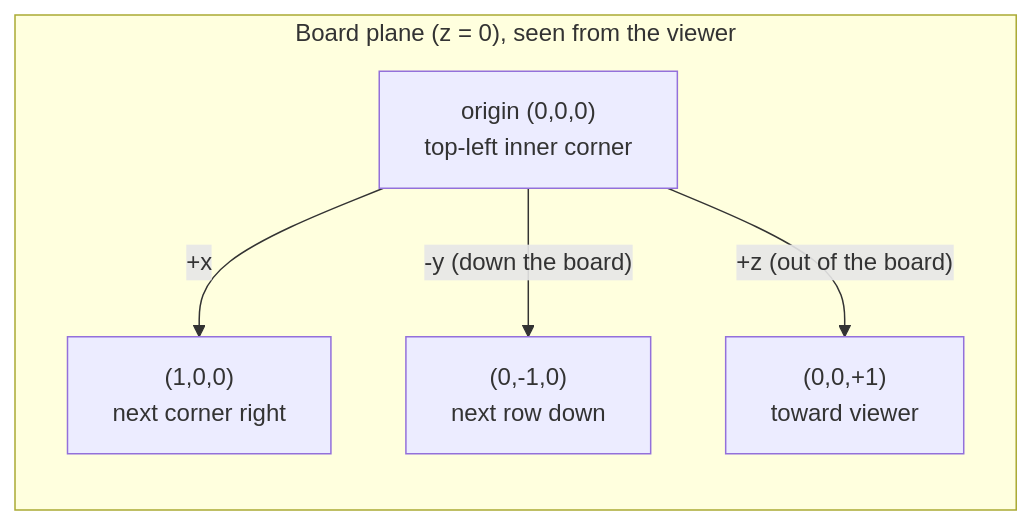
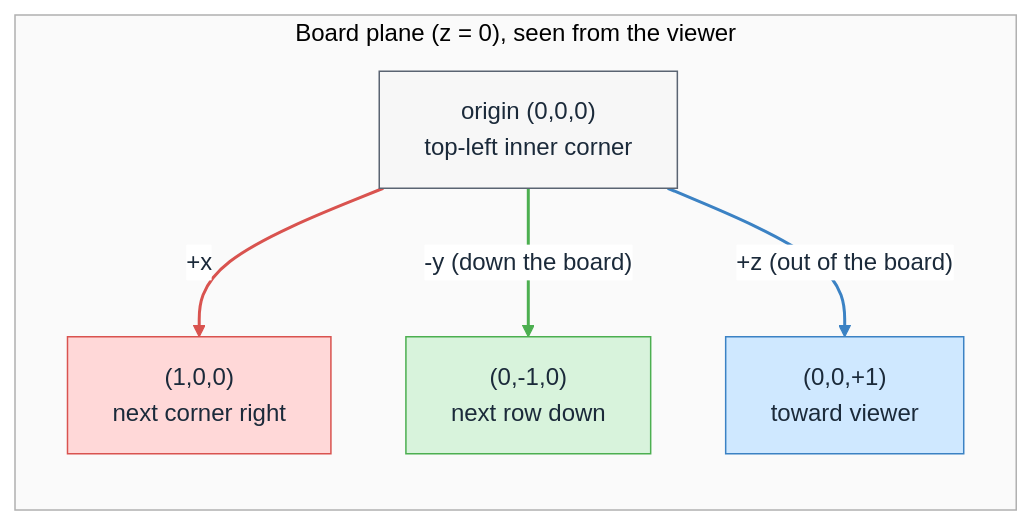
The fourth of 4 diagrams in ARCHITECTURE.md (supriya-kotturu/calibration-and-augmented-reality), drawn with Mermaid before and after one commit. The commit also changed other lines of this file and 1 other file, not shown here.

First line of the commit message:
docs(architecture): :lipstick: Pin diagrams to a light theme and colour every node by role

````diff
--- a/ARCHITECTURE.md
+++ b/ARCHITECTURE.md
@@ -90,12 +103,24 @@
 ```mermaid
+%%{init: {"theme": "base", "themeVariables": {"background": "#ffffff", "primaryColor": "#f7f7f7", "primaryTextColor": "#1b2a3a", "primaryBorderColor": "#b0b0b0", "lineColor": "#5a6472", "textColor": "#1b2a3a", "edgeLabelBackground": "#ffffff", "clusterBkg": "#fafafa", "clusterBorder": "#b0b0b0", "fontFamily": "Segoe UI, Helvetica, Arial, sans-serif"}}}%%
 flowchart LR
   subgraph B["Board plane (z = 0), seen from the viewer"]
     O["origin (0,0,0)<br/>top-left inner corner"]
     X["(1,0,0)<br/>next corner right"]
     Y["(0,-1,0)<br/>next row down"]
     Z["(0,0,+1)<br/>toward viewer"]
   end
   O -- "+x" --> X
   O -- "-y (down the board)" --> Y
   O -- "+z (out of the board)" --> Z
+  classDef origin fill:#f7f7f7,stroke:#5a6472,color:#1b2a3a
+  classDef xaxis fill:#ffd8d8,stroke:#d9534f,color:#1b2a3a
+  classDef yaxis fill:#d8f3dc,stroke:#4caf50,color:#1b2a3a
+  classDef zaxis fill:#cfe8ff,stroke:#3b82c4,color:#1b2a3a
+  class O origin
+  class X xaxis
+  class Y yaxis
+  class Z zaxis
+  linkStyle 0 stroke:#d9534f,stroke-width:2px
+  linkStyle 1 stroke:#4caf50,stroke-width:2px
+  linkStyle 2 stroke:#3b82c4,stroke-width:2px
 ```
````
